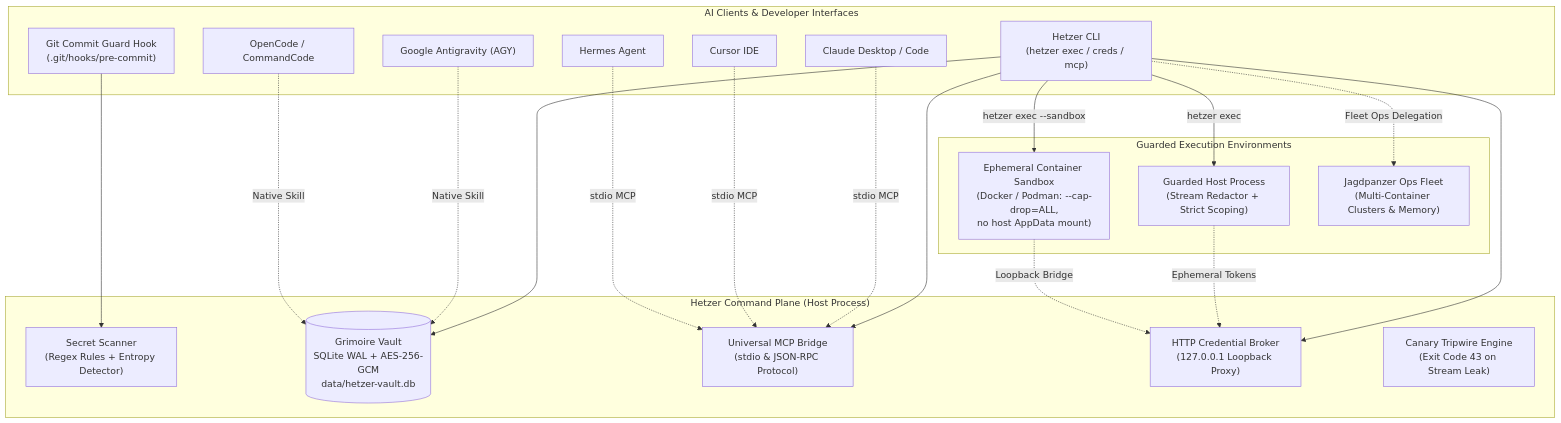
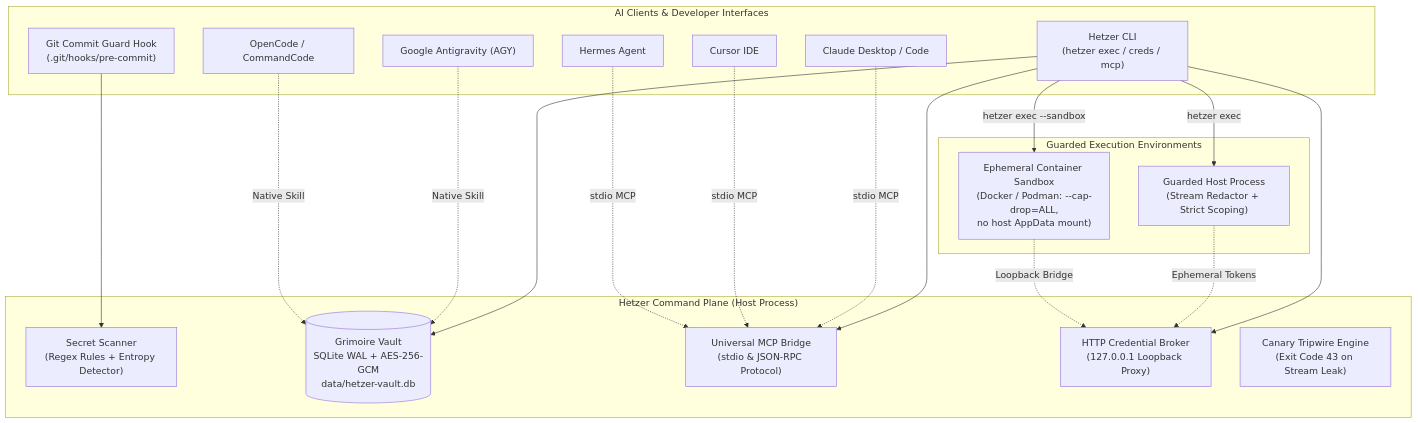
Before and after one commit to agunggnn/hetzer: the diagram in README.md, drawn with Mermaid. The commit also changed other lines of this file and 15 other files, not shown here.

````diff
--- a/README.md
+++ b/README.md
@@ -153,42 +152,40 @@
 ```mermaid
 flowchart TB
     subgraph Clients["AI Clients & Developer Interfaces"]
         CLI["Hetzer CLI\n(hetzer exec / creds / mcp)"]
         Claude["Claude Desktop / Code"]
         Cursor["Cursor IDE"]
         Hermes["Hermes Agent"]
         AGY["Google Antigravity (AGY)"]
         OpenCode["OpenCode / CommandCode"]
         GitCommit["Git Commit Guard Hook\n(.git/hooks/pre-commit)"]
     end
 
     subgraph HostPlane["Hetzer Command Plane (Host Process)"]
         SecretSniffer["Secret Scanner\n(Regex Rules + Entropy Detector)"]
         GrimoireVault[("Grimoire Vault\nSQLite WAL + AES-256-GCM\ndata/hetzer-vault.db")]
         MCPBridge["Universal MCP Bridge\n(stdio & JSON-RPC Protocol)"]
         HTTPBroker["HTTP Credential Broker\n(127.0.0.1 Loopback Proxy)"]
         CanaryEngine["Canary Tripwire Engine\n(Exit Code 43 on Stream Leak)"]
     end
 
     subgraph ExecutionPlane["Guarded Execution Environments"]
         SubprocessHost["Guarded Host Process\n(Stream Redactor + Strict Scoping)"]
         ContainerSandbox["Ephemeral Container Sandbox\n(Docker / Podman: --cap-drop=ALL,\nno host AppData mount)"]
-        JagdpanzerFleet["Jagdpanzer Ops Fleet\n(Multi-Container Clusters & Memory)"]
     end
 
     CLI --> GrimoireVault
     CLI --> HTTPBroker
     CLI --> MCPBridge
     GitCommit --> SecretSniffer
     Claude -.->|"stdio MCP"| MCPBridge
     Cursor -.->|"stdio MCP"| MCPBridge
     Hermes -.->|"stdio MCP"| MCPBridge
     AGY -.->|"Native Skill"| GrimoireVault
     OpenCode -.->|"Native Skill"| GrimoireVault
 
     CLI -->|"hetzer exec"| SubprocessHost
     CLI -->|"hetzer exec --sandbox"| ContainerSandbox
     SubprocessHost -.->|"Ephemeral Tokens"| HTTPBroker
     ContainerSandbox -.->|"Loopback Bridge"| HTTPBroker
-    CLI -.->|"Fleet Ops Delegation"| JagdpanzerFleet
 ```
````
